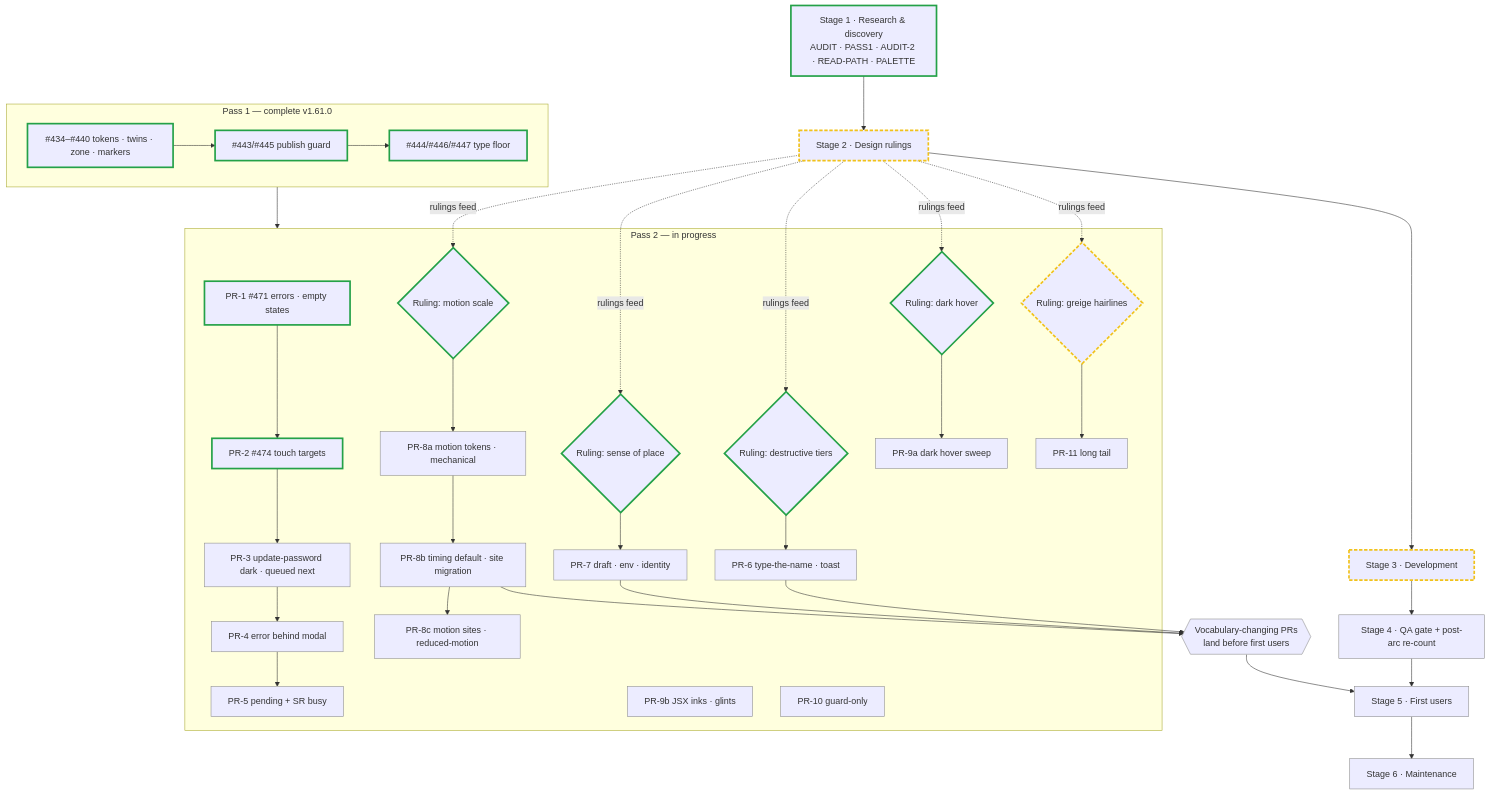
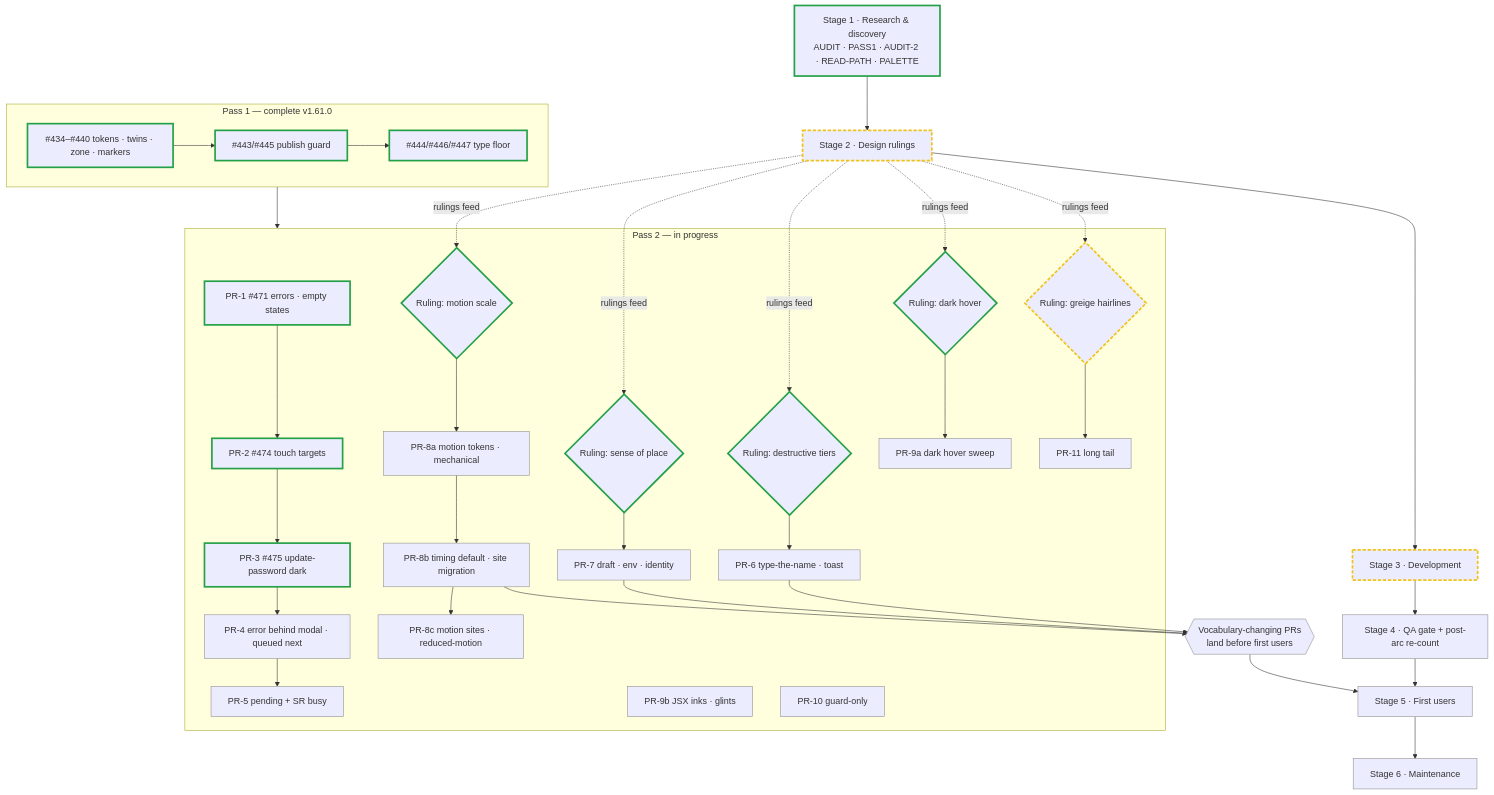
The diagram in docs/design-system/PLAN.md (pmeglaw/seat-planner), drawn with Mermaid before and after one commit. The commit also changed other lines of this file and 4 other files, not shown here.

````diff
--- a/docs/design-system/PLAN.md
+++ b/docs/design-system/PLAN.md
@@ -13,39 +13,39 @@
 ```mermaid
 flowchart TD
   classDef done stroke-width:3px,stroke:#24a148
   classDef wip stroke-width:3px,stroke-dasharray:6 3,stroke:#f1c21b
   classDef todo stroke-width:1px,stroke:#8d8d8d
 
   S1[Stage 1 · Research & discovery<br/>AUDIT · PASS1 · AUDIT-2 · READ-PATH · PALETTE]:::done
   S2[Stage 2 · Design rulings]:::wip
   S3[Stage 3 · Development]:::wip
   S4[Stage 4 · QA gate + post-arc re-count]:::todo
   S5[Stage 5 · First users]:::todo
   S6[Stage 6 · Maintenance]:::todo
 
   S1 --> S2 --> S3 --> S4 --> S5 --> S6
 
   subgraph P1[Pass 1 — complete v1.61.0]
     A[#434–#440 tokens · twins · zone · markers]:::done --> B[#443/#445 publish guard]:::done --> C[#444/#446/#447 type floor]:::done
   end
 
   subgraph P2[Pass 2 — in progress]
     PR1[PR-1 #471 errors · empty states]:::done
     PR2[PR-2 #474 touch targets]:::done
-    PR3[PR-3 update-password dark · queued next]:::todo
-    PR4[PR-4 error behind modal]:::todo
+    PR3[PR-3 #475 update-password dark]:::done
+    PR4[PR-4 error behind modal · queued next]:::todo
     PR5[PR-5 pending + SR busy]:::todo
     R1{Ruling: destructive tiers}:::done --> PR6[PR-6 type-the-name · toast]:::todo
     R2{Ruling: sense of place}:::done --> PR7[PR-7 draft · env · identity]:::todo
     R3{Ruling: motion scale}:::done --> PR8a[PR-8a motion tokens · mechanical]:::todo --> PR8b[PR-8b timing default · site migration]:::todo --> PR8c[PR-8c motion sites · reduced-motion]:::todo
     R4{Ruling: dark hover}:::done --> PR9a[PR-9a dark hover sweep]:::todo
     R5{Ruling: greige hairlines}:::wip --> PR11[PR-11 long tail]:::todo
     PR9b[PR-9b JSX inks · glints]:::todo
     PR10[PR-10 guard-only]:::todo
     PR1 --> PR2 --> PR3 --> PR4 --> PR5
   end
 
   P1 --> P2
   S2 -. rulings feed .-> R1 & R2 & R3 & R4 & R5
   PR6 & PR7 & PR8b --> GATE{{Vocabulary-changing PRs<br/>land before first users}}:::todo --> S5
 ```
````
